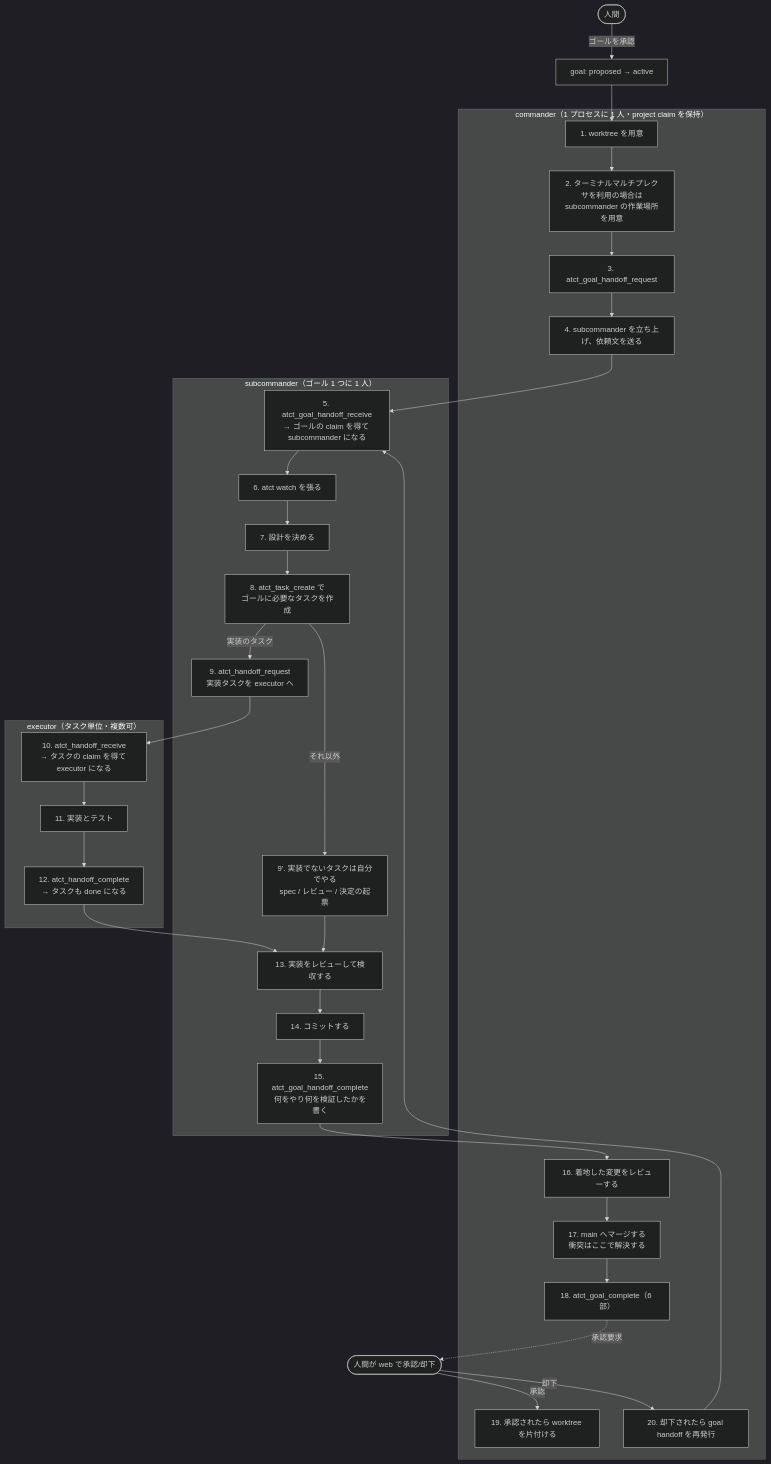
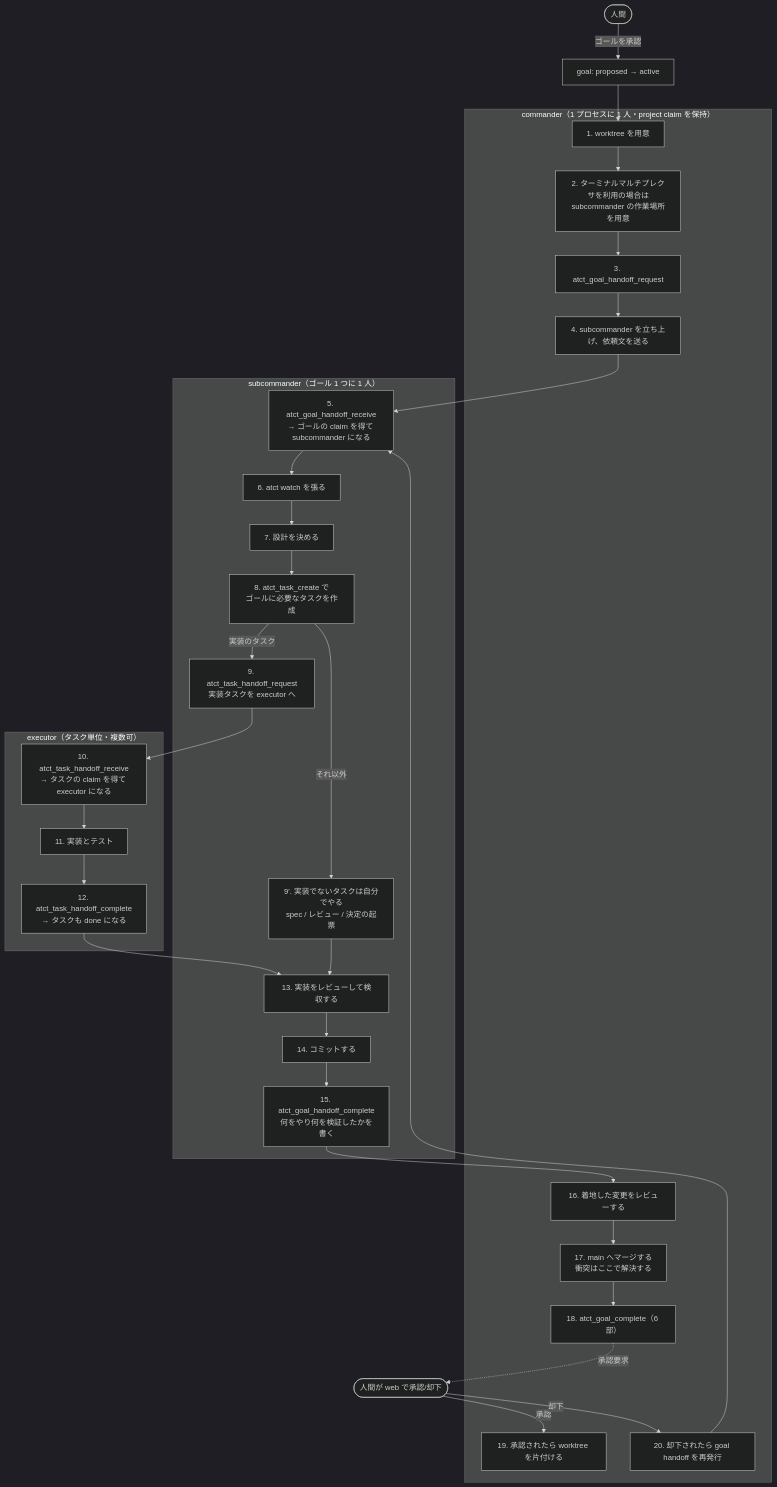
Before and after one commit to michiomochi/atct: the first of 2 diagrams in doc/execution-flow.md, drawn with Mermaid (dark theme). The commit also changed other lines of this file, not shown here.

First line of the commit message:
docs: name the task handoff tools after what they act on

````diff
--- a/doc/execution-flow.md
+++ b/doc/execution-flow.md
@@ -55,49 +55,49 @@
 ```mermaid
 flowchart TD
     H([人間]) -->|ゴールを承認| G[goal: proposed → active]
 
     subgraph C["commander（1 プロセスに 1 人・project claim を保持）"]
         C1["1. worktree を用意"]
         C2["2. ターミナルマルチプレクサを利用の場合は<br/>subcommander の作業場所を用意"]
         C3["3. atct_goal_handoff_request"]
         C4["4. subcommander を立ち上げ、依頼文を送る"]
         C5["16. 着地した変更をレビューする"]
         C6["17. main へマージする<br/>衝突はここで解決する"]
         C7["18. atct_goal_complete（6 部）"]
         C8["19. 承認されたら worktree を片付ける"]
         C9["20. 却下されたら goal handoff を再発行"]
     end
 
     subgraph S["subcommander（ゴール 1 つに 1 人）"]
         S1["5. atct_goal_handoff_receive<br/>→ ゴールの claim を得て subcommander になる"]
         S2["6. atct watch を張る"]
         S3["7. 設計を決める"]
         S4["8. atct_task_create で<br/>ゴールに必要なタスクを作成"]
-        S5["9. atct_handoff_request<br/>実装タスクを executor へ"]
+        S5["9. atct_task_handoff_request<br/>実装タスクを executor へ"]
         SS["9'. 実装でないタスクは自分でやる<br/>spec / レビュー / 決定の起票"]
         S6["13. 実装をレビューして検収する"]
         S7["14. コミットする"]
         S8["15. atct_goal_handoff_complete<br/>何をやり何を検証したかを書く"]
     end
 
     subgraph E["executor（タスク単位・複数可）"]
-        E1["10. atct_handoff_receive<br/>→ タスクの claim を得て executor になる"]
+        E1["10. atct_task_handoff_receive<br/>→ タスクの claim を得て executor になる"]
         E2["11. 実装とテスト"]
-        E3["12. atct_handoff_complete<br/>→ タスクも done になる"]
+        E3["12. atct_task_handoff_complete<br/>→ タスクも done になる"]
     end
 
     G --> C1 --> C2 --> C3 --> C4 --> S1
     S1 --> S2 --> S3 --> S4
 
     S4 -->|実装のタスク| S5 --> E1 --> E2 --> E3
     S4 -->|それ以外| SS
 
     E3 --> S6
     SS --> S6
     S6 --> S7 --> S8
 
     S8 --> C5 --> C6 --> C7
     C7 -.->|承認要求| H2([人間が web で承認/却下])
     H2 -->|承認| C8
     H2 -->|却下| C9 --> S1
 ```
````
